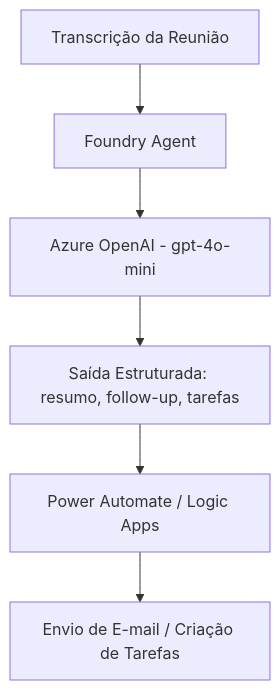
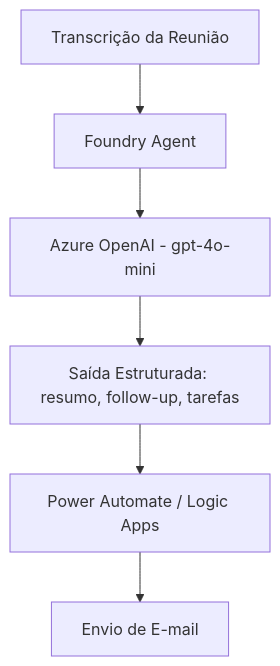
Before and after one commit to FrancieleB/Smart_FUP-AI: the diagram in foundry.md, drawn with Mermaid.

````diff
--- a/foundry.md
+++ b/foundry.md
@@ -111,8 +111,8 @@
 ```mermaid
 flowchart TD
     A[Transcrição da Reunião] --> B[Foundry Agent]
     B --> C[Azure OpenAI - gpt-4o-mini]
     C --> D[Saída Estruturada: resumo, follow-up, tarefas]
     D --> E[Power Automate / Logic Apps]
-    E --> F[Envio de E-mail / Criação de Tarefas]
+    E --> F[Envio de E-mail ]
 ```
````
